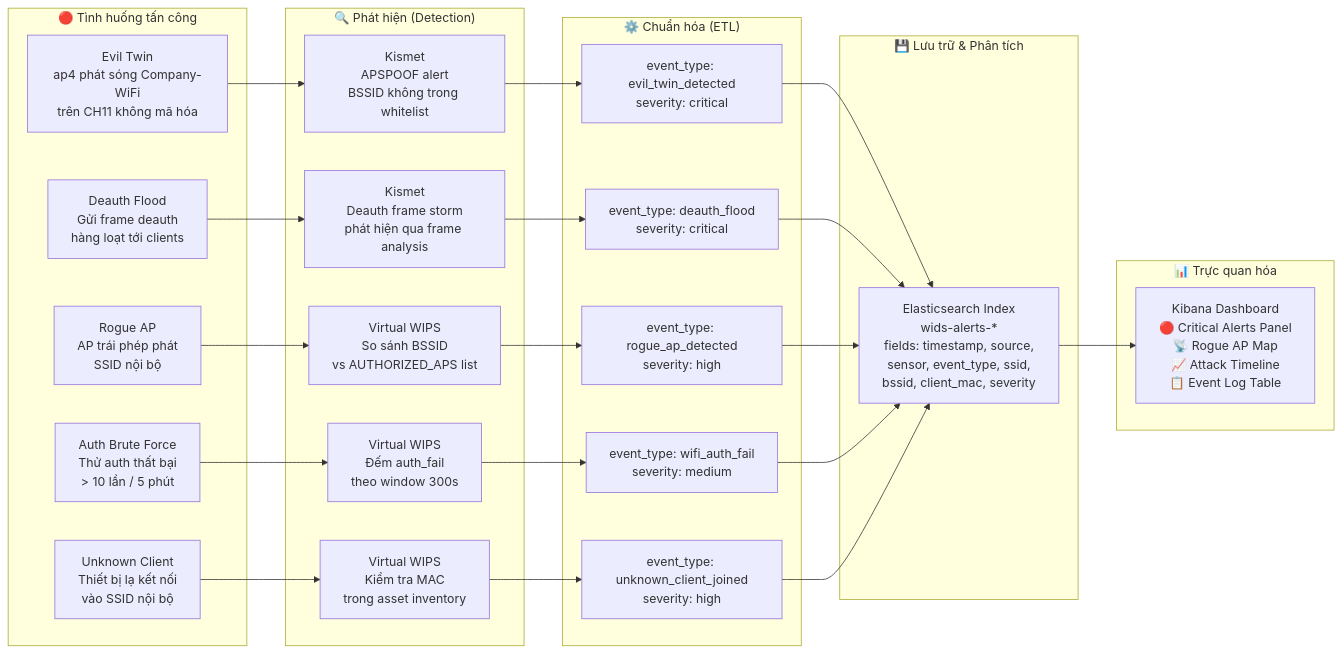
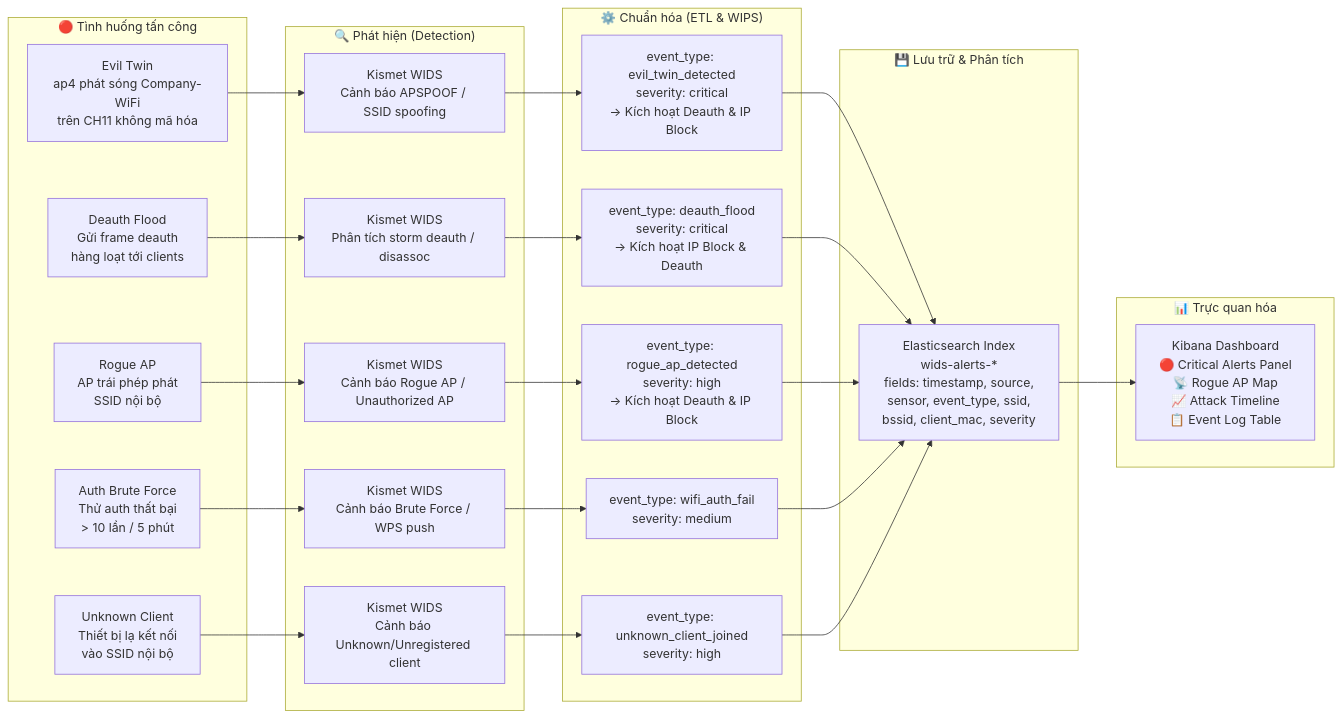
Before and after one commit to ph4n10m1808/wireless-mobile-network-security-project: the third of 7 diagrams in DATA_FLOW.md, drawn with Mermaid. The commit also changed other lines of this file and 11 other files, not shown here.

````diff
--- a/DATA_FLOW.md
+++ b/DATA_FLOW.md
@@ -121,41 +127,41 @@
 ```mermaid
 flowchart LR
     subgraph ATTACK["🔴 Tình huống tấn công"]
         A1["Evil Twin\nap4 phát sóng Company-WiFi\ntrên CH11 không mã hóa"]
         A2["Deauth Flood\nGửi frame deauth\nhàng loạt tới clients"]
         A3["Rogue AP\nAP trái phép phát\nSSID nội bộ"]
         A4["Auth Brute Force\nThử auth thất bại\n> 10 lần / 5 phút"]
         A5["Unknown Client\nThiết bị lạ kết nối\nvào SSID nội bộ"]
     end
 
     subgraph DETECT["🔍 Phát hiện (Detection)"]
-        D1["Kismet\nAPSPOOF alert\nBSSID không trong whitelist"]
-        D2["Kismet\nDeauth frame storm\nphát hiện qua frame analysis"]
-        D3["Virtual WIPS\nSo sánh BSSID\nvs AUTHORIZED_APS list"]
-        D4["Virtual WIPS\nĐếm auth_fail\ntheo window 300s"]
-        D5["Virtual WIPS\nKiểm tra MAC\ntrong asset inventory"]
+        D1["Kismet WIDS\nCảnh báo APSPOOF / SSID spoofing"]
+        D2["Kismet WIDS\nPhân tích storm deauth / disassoc"]
+        D3["Kismet WIDS\nCảnh báo Rogue AP / Unauthorized AP"]
+        D4["Kismet WIDS\nCảnh báo Brute Force / WPS push"]
+        D5["Kismet WIDS\nCảnh báo Unknown/Unregistered client"]
     end
 
-    subgraph NORMALIZE["⚙️ Chuẩn hóa (ETL)"]
-        N1["event_type: evil_twin_detected\nseverity: critical"]
-        N2["event_type: deauth_flood\nseverity: critical"]
-        N3["event_type: rogue_ap_detected\nseverity: high"]
+    subgraph NORMALIZE["⚙️ Chuẩn hóa (ETL & WIPS)"]
+        N1["event_type: evil_twin_detected\nseverity: critical\n-> Kích hoạt Deauth & IP Block"]
+        N2["event_type: deauth_flood\nseverity: critical\n-> Kích hoạt IP Block & Deauth"]
+        N3["event_type: rogue_ap_detected\nseverity: high\n-> Kích hoạt Deauth & IP Block"]
         N4["event_type: wifi_auth_fail\nseverity: medium"]
         N5["event_type: unknown_client_joined\nseverity: high"]
     end
 
     subgraph STORE["💾 Lưu trữ & Phân tích"]
         ES2["Elasticsearch Index\nwids-alerts-*\nfields: timestamp, source,\nsensor, event_type, ssid,\nbssid, client_mac, severity"]
     end
 
     subgraph VISUALIZE["📊 Trực quan hóa"]
         KB2["Kibana Dashboard\n🔴 Critical Alerts Panel\n📡 Rogue AP Map\n📈 Attack Timeline\n📋 Event Log Table"]
     end
 
     A1 --> D1 --> N1
     A2 --> D2 --> N2
     A3 --> D3 --> N3
     A4 --> D4 --> N4
     A5 --> D5 --> N5
     N1 & N2 & N3 & N4 & N5 --> ES2 --> KB2
 ```
````
